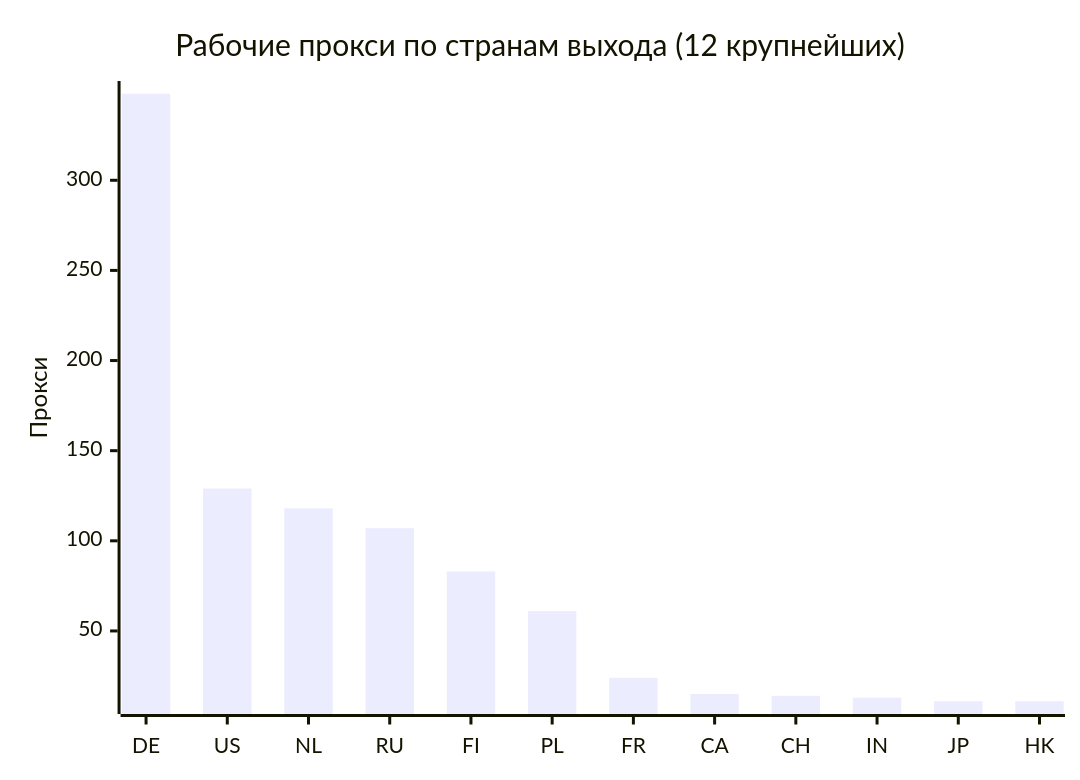
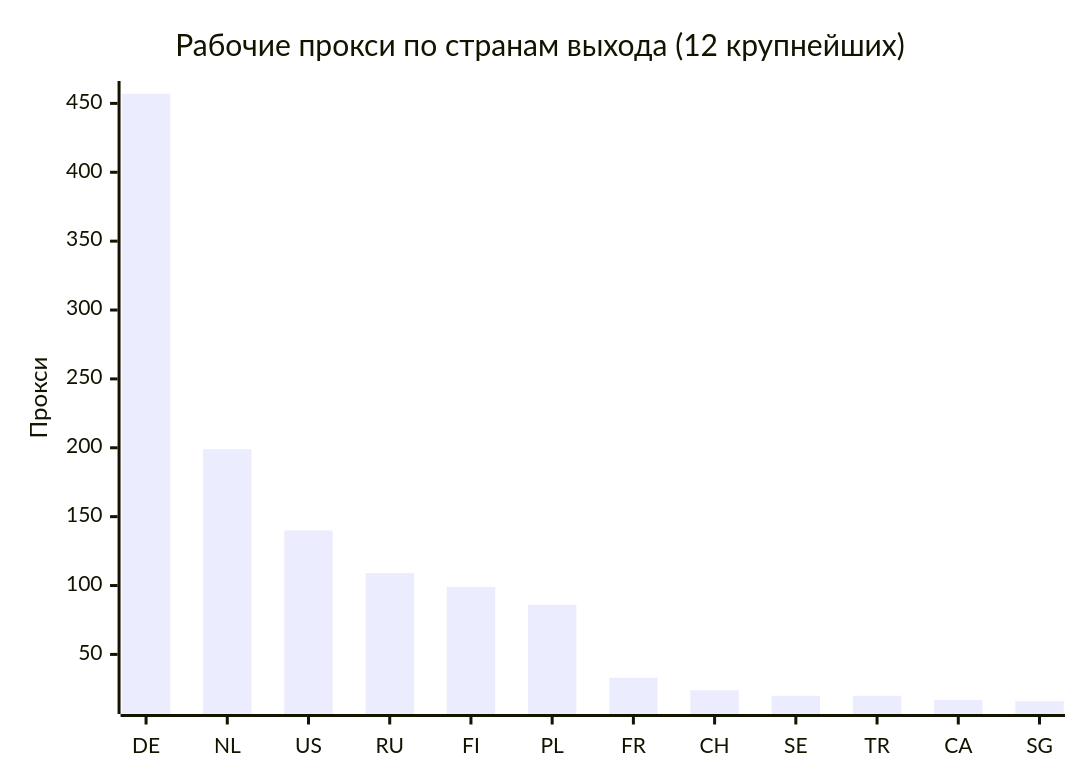
The second of 4 diagrams in README.md (rvvg/proxy-subs), drawn with Mermaid before and after one commit. The commit also changed other lines of this file and 44 other files, not shown here.

````diff
--- a/README.md
+++ b/README.md
@@ -124,7 +126,7 @@
 ```mermaid
 xychart-beta
     title "Рабочие прокси по странам выхода (12 крупнейших)"
-    x-axis ["DE", "US", "NL", "RU", "FI", "PL", "FR", "CA", "CH", "IN", "JP", "HK"]
+    x-axis ["DE", "NL", "US", "RU", "FI", "PL", "FR", "CH", "SE", "TR", "CA", "SG"]
     y-axis "Прокси"
-    bar [348, 129, 118, 107, 83, 61, 24, 15, 14, 13, 11, 11]
+    bar [457, 199, 140, 109, 99, 86, 33, 24, 20, 20, 17, 16]
 ```
````
